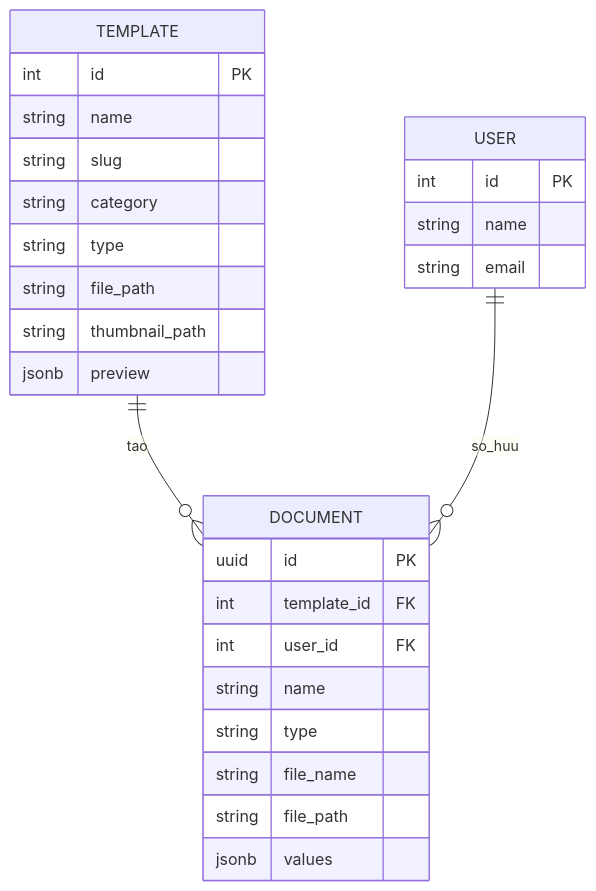
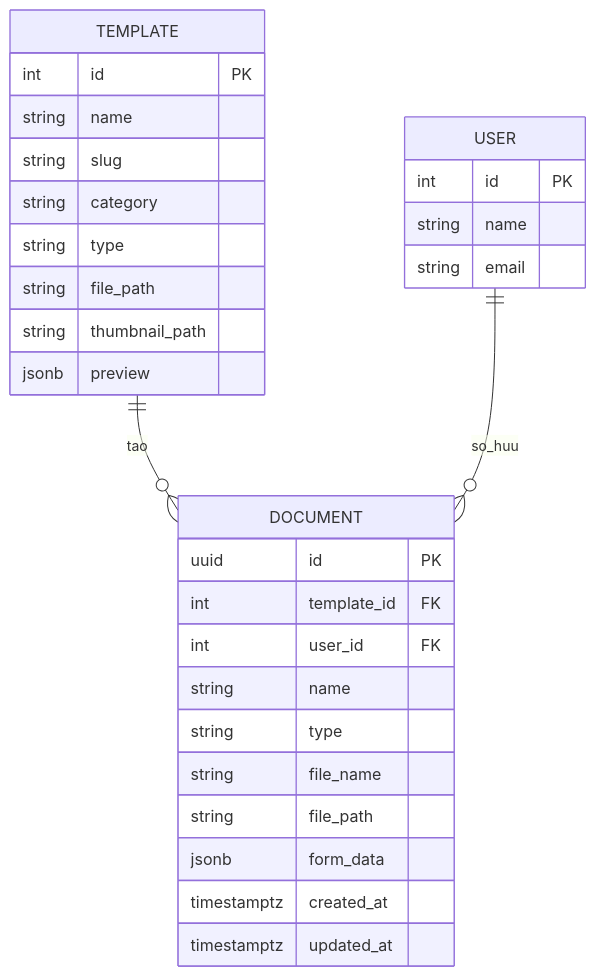
One commit to tranchien2105/document-template-library changed the diagram in docs/API.md. Above: the diagram before and after it, drawn with Mermaid. The commit also changed other lines of this file and 6 other files, not shown here.

````diff
--- a/docs/API.md
+++ b/docs/API.md
@@ -38,30 +40,32 @@
 ```mermaid
 erDiagram
     TEMPLATE ||--o{ DOCUMENT : tao
     USER ||--o{ DOCUMENT : so_huu
     TEMPLATE {
         int id PK
         string name
         string slug
         string category
         string type
         string file_path
         string thumbnail_path
         jsonb preview
     }
     USER {
         int id PK
         string name
         string email
     }
     DOCUMENT {
         uuid id PK
         int template_id FK
         int user_id FK
         string name
         string type
         string file_name
         string file_path
-        jsonb values
+        jsonb form_data
+        timestamptz created_at
+        timestamptz updated_at
     }
 ```
````
